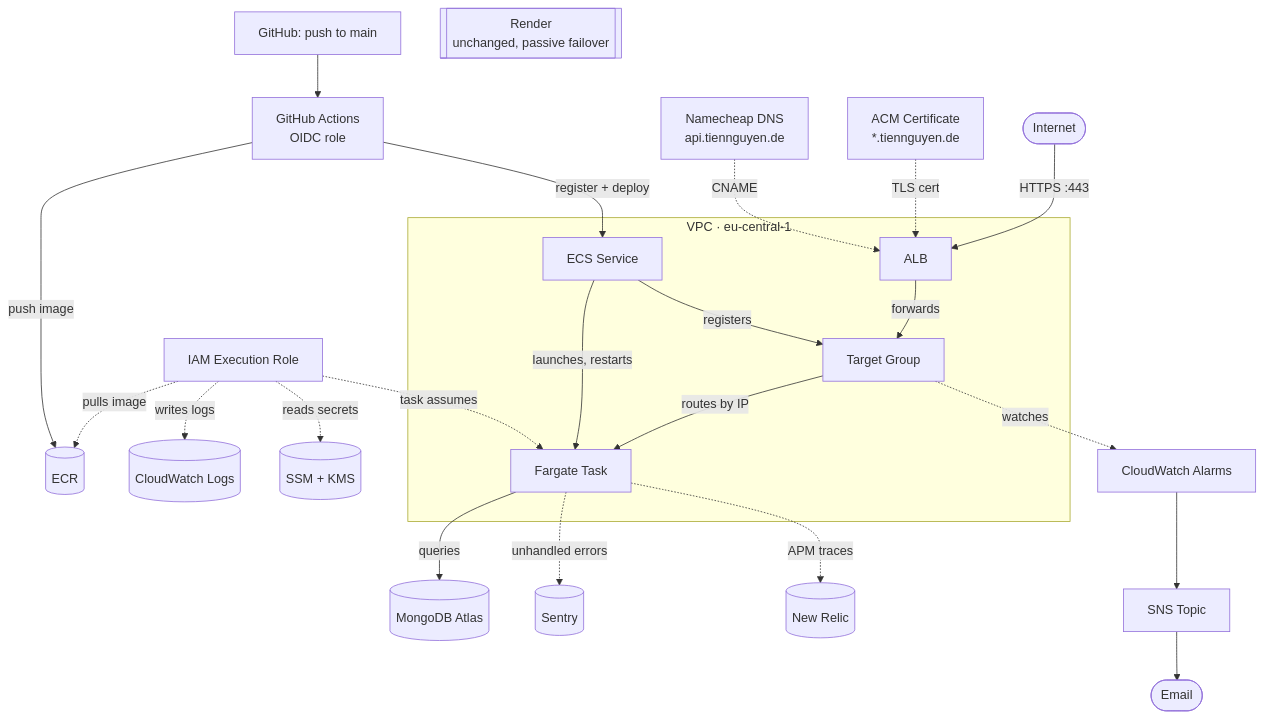
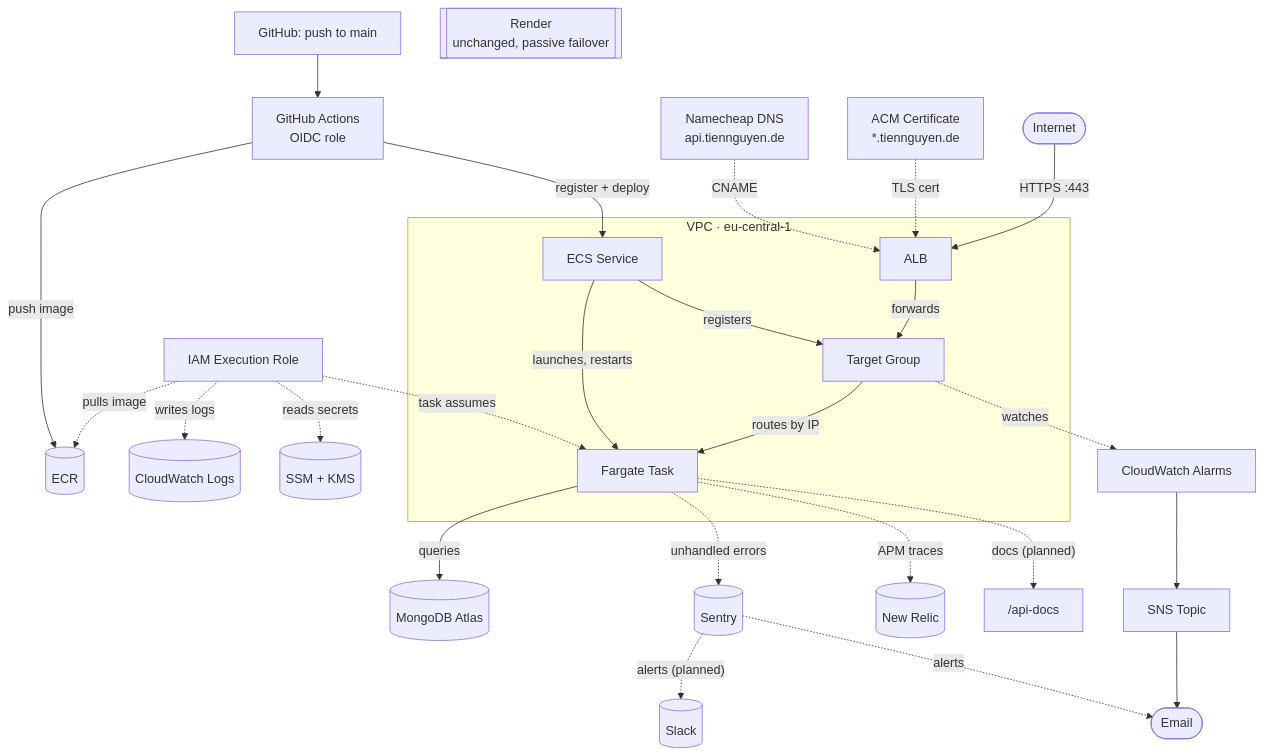
Before and after one commit to ntrix/amazin-be: the second of 2 diagrams in README.md, drawn with Mermaid.

Commit message:
docs(readme): re-add Sentry email/Slack and OpenAPI to architecture diagram
Previous commit (e7a0feb) got orphaned - it was pushed to
feat/new-relic-apm after that PR had already been merged, so it never
reached main. Reapplying fresh off main, plus fixing a real layout
overlap this time: the Slack node sat under the SNS->Email edge,
verified by rendering the diagram to PNG (mermaid-cli) rather than
guessing at the fix.

````diff
--- a/README.md
+++ b/README.md
@@ -116,37 +116,40 @@
 ```mermaid
 flowchart TB
   GitHub["GitHub: push to main"] --> Actions["GitHub Actions<br/>OIDC role"]
   Actions -->|"push image"| ECR2[("ECR")]
   Actions -->|"register + deploy"| Service2
 
   DNS["Namecheap DNS<br/>api.tiennguyen.de"] -. CNAME .-> ALB2
   ACM["ACM Certificate<br/>*.tiennguyen.de"] -. "TLS cert" .-> ALB2
 
   Internet2([Internet]) -->|"HTTPS :443"| ALB2["ALB"]
   ALB2 -->|forwards| TG2["Target Group"]
   TG2 -->|"routes by IP"| Task2["Fargate Task"]
   Task2 -->|queries| Mongo2[("MongoDB Atlas")]
   Service2["ECS Service"] -->|"launches, restarts"| Task2
   Service2 -->|registers| TG2
 
   Role2["IAM Execution Role"] -. "task assumes" .-> Task2
   Role2 -. "pulls image" .-> ECR2
   Role2 -. "writes logs" .-> Logs2[("CloudWatch Logs")]
   Role2 -. "reads secrets" .-> SSM2[("SSM + KMS")]
 
   TG2 -. watches .-> Alarms["CloudWatch Alarms"]
   Alarms --> SNS["SNS Topic"]
   SNS --> Email([Email])
 
   Task2 -. "unhandled errors" .-> Sentry[("Sentry")]
   Task2 -. "APM traces" .-> NewRelic[("New Relic")]
+  Task2 -. "docs (planned)" .-> OpenAPI["/api-docs"]
+  Sentry -. "alerts (planned)" .-> Slack[("Slack")]
+  Sentry -. alerts .-> Email
 
   Render2[["Render<br/>unchanged, passive failover"]]
 
   subgraph VPC2["VPC · eu-central-1"]
     ALB2
     TG2
     Task2
     Service2
   end
 ```
````
